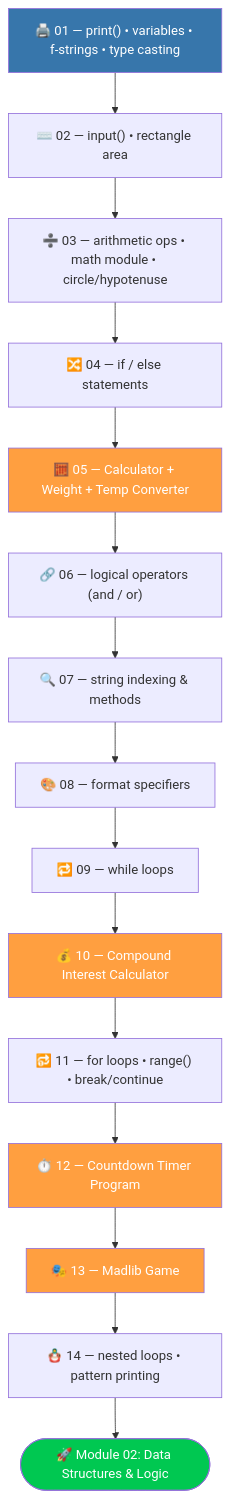
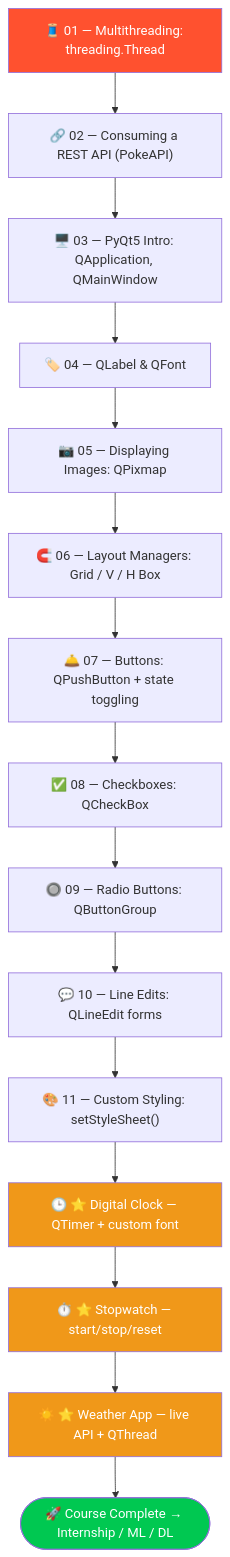
One commit to MuhammadZafran33/Algorithm-Arsenal changed the third of 4 diagrams in Python By Bro Code/04-GUI-and-APIs/README.md. Above: the diagram before and after it, drawn with Mermaid. The commit also changed other lines of this file, not shown here.

````diff
--- a/Python By Bro Code/04-GUI-and-APIs/README.md
+++ b/Python By Bro Code/04-GUI-and-APIs/README.md
@@ -70,24 +81,23 @@
 ```mermaid
 flowchart TD
-    A["🖨️ 01 — print() • variables • f-strings • type casting"] --> B["⌨️ 02 — input() • rectangle area"]
-    B --> C["➗ 03 — arithmetic ops • math module • circle/hypotenuse"]
-    C --> D["🔀 04 — if / else statements"]
-    D --> E["🧮 05 — Calculator + Weight + Temp Converter"]
-    E --> F["🔗 06 — logical operators (and / or)"]
-    F --> G["🔍 07 — string indexing & methods"]
-    G --> H["🎨 08 — format specifiers"]
-    H --> I["🔁 09 — while loops"]
-    I --> J["💰 10 — Compound Interest Calculator"]
-    J --> K["🔂 11 — for loops • range() • break/continue"]
-    K --> L["⏱️ 12 — Countdown Timer Program"]
-    L --> M["🎭 13 — Madlib Game"]
-    M --> N["🪆 14 — nested loops • pattern printing"]
-    N --> O(["🚀 Module 02: Data Structures & Logic"])
+    A["🧵 01 — Multithreading: threading.Thread"] --> B["🔗 02 — Consuming a REST API (PokeAPI)"]
+    B --> C["🖥️ 03 — PyQt5 Intro: QApplication, QMainWindow"]
+    C --> D["🏷️ 04 — QLabel & QFont"]
+    D --> E["📷 05 — Displaying Images: QPixmap"]
+    E --> F["🧲 06 — Layout Managers: Grid / V / H Box"]
+    F --> G["🛎️ 07 — Buttons: QPushButton + state toggling"]
+    G --> H["✅ 08 — Checkboxes: QCheckBox"]
+    H --> I["🔘 09 — Radio Buttons: QButtonGroup"]
+    I --> J["💬 10 — Line Edits: QLineEdit forms"]
+    J --> K["🎨 11 — Custom Styling: setStyleSheet()"]
+    K --> L["🕒 ⭐ Digital Clock — QTimer + custom font"]
+    L --> M["⏱️ ⭐ Stopwatch — start/stop/reset"]
+    M --> N["☀️ ⭐ Weather App — live API + QThread"]
+    N --> O(["🚀 Course Complete → Internship / ML / DL"])
 
-    style A fill:#3776AB,color:#fff
+    style A fill:#FF512F,color:#fff
     style O fill:#00C851,color:#fff
-    style E fill:#FF9F40,color:#fff
-    style J fill:#FF9F40,color:#fff
-    style L fill:#FF9F40,color:#fff
-    style M fill:#FF9F40,color:#fff
+    style L fill:#F09819,color:#fff
+    style M fill:#F09819,color:#fff
+    style N fill:#F09819,color:#fff
 ```
````
